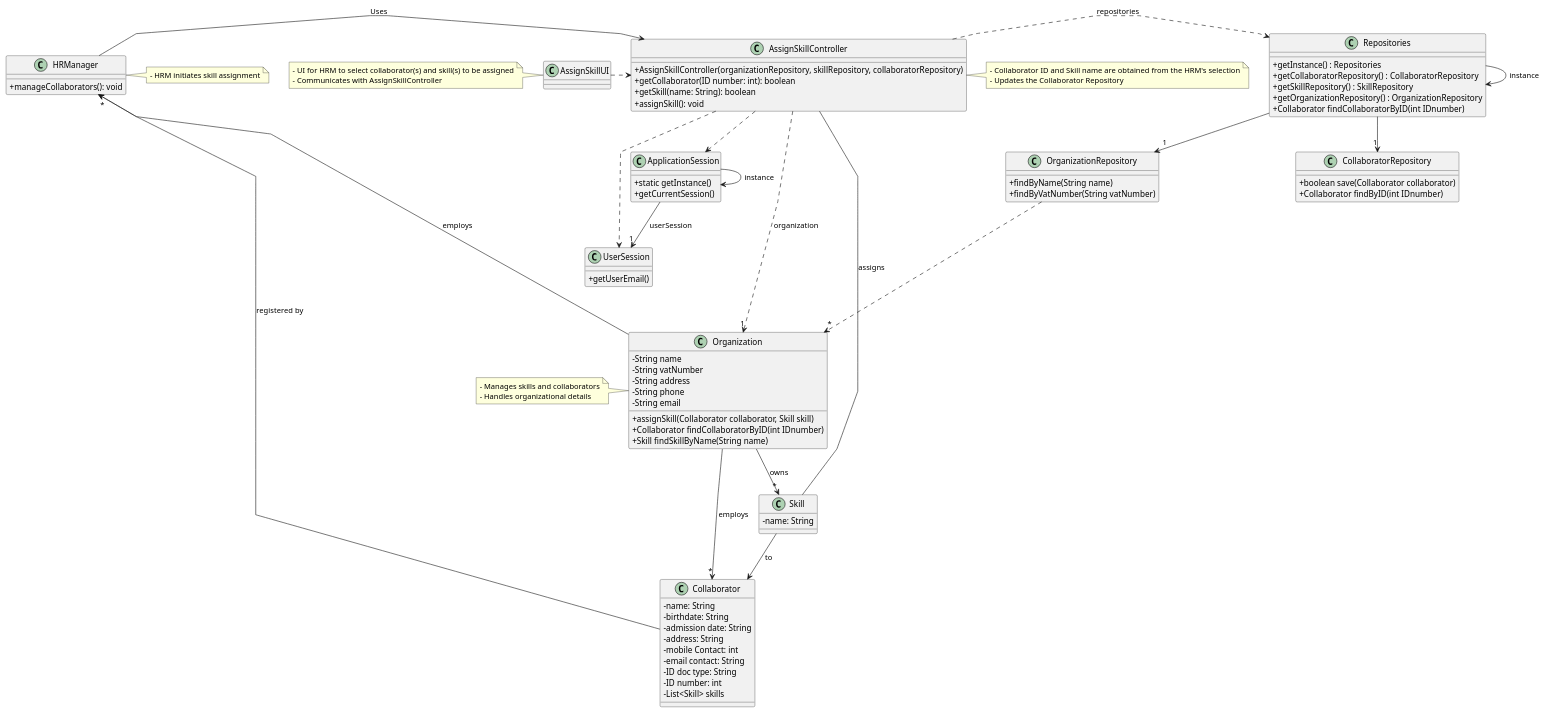
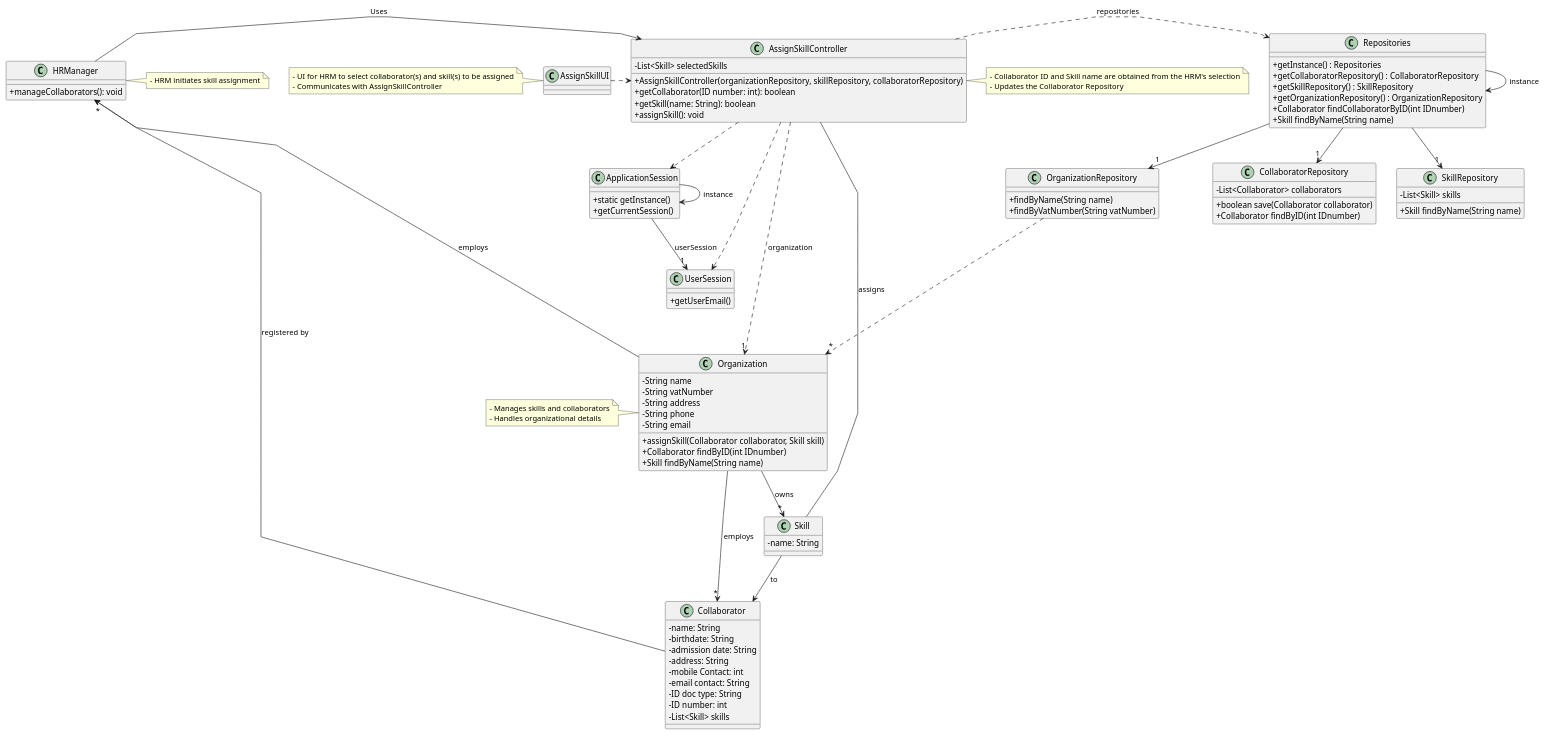
Before and after one commit to tiagosoa/lei-24-s2-1dgh-g073: the diagram in docs/sprint2/us004/03.design/puml/us004-class-diagram.puml, drawn with PlantUML. The commit also changed 26 other files, not shown here.

```diff
--- a/docs/sprint2/us004/03.design/puml/us004-class-diagram.puml
+++ b/docs/sprint2/us004/03.design/puml/us004-class-diagram.puml
@@ -1,127 +1,136 @@
 @startuml
 'skinparam monochrome true
 skinparam packageStyle rectangle
 skinparam shadowing false
 skinparam linetype polyline
 'skinparam linetype orto
 
 skinparam classAttributeIconSize 0
 
 'left to right direction
 
 class ApplicationSession
 {
     + static getInstance()
     + getCurrentSession()
 }
 
 class UserSession
 {
     + getUserEmail()
 }
 
 class Collaborator {
     - name: String
     - birthdate: String
     - admission date: String
     - address: String
     - mobile Contact: int
     - email contact: String
     - ID doc type: String
     - ID number: int
     - List<Skill> skills
 }
 
 class AssignSkillController {
+    - List<Skill> selectedSkills
     + AssignSkillController(organizationRepository, skillRepository, collaboratorRepository)
     + getCollaborator(ID number: int): boolean
     + getSkill(name: String): boolean
     + assignSkill(): void
 }
 
 class Skill {
     - name: String
 }
 
 class HRManager {
     + manageCollaborators(): void
 }
 
 class CollaboratorRepository {
+   - List<Collaborator> collaborators
    + boolean save(Collaborator collaborator)
    + Collaborator findByID(int IDnumber)
  }
+
+ class SkillRepository {
+    - List<Skill> skills
+    + Skill findByName(String name)
+  }
 
  class Organization {
    - String name
    - String vatNumber
    - String address
    - String phone
    - String email
    + assignSkill(Collaborator collaborator, Skill skill)
-   + Collaborator findCollaboratorByID(int IDnumber)
-   + Skill findSkillByName(String name)
+   + Collaborator findByID(int IDnumber)
+   + Skill findByName(String name)
  }
 
  class OrganizationRepository {
    + findByName(String name)
    + findByVatNumber(String vatNumber)
  }
 
  class Repositories {
    + getInstance() : Repositories
    + getCollaboratorRepository() : CollaboratorRepository
    + getSkillRepository() : SkillRepository
    + getOrganizationRepository() : OrganizationRepository
    + Collaborator findCollaboratorByID(int IDnumber)
+   + Skill findByName(String name)
  }
 
  class AssignSkillUI {
  }
 
 AssignSkillController -- Skill: assigns
 Skill --> Collaborator: to
 HRManager -> AssignSkillController: Uses
 
 
 Repositories -> Repositories : instance
 ApplicationSession -> ApplicationSession : instance
 AssignSkillUI .> AssignSkillController
 
 AssignSkillController .> Repositories : repositories
 
 Repositories --> "1" OrganizationRepository
 Repositories --> "1" CollaboratorRepository
+Repositories --> "1" SkillRepository
 
 OrganizationRepository ...> "*" Organization
 ApplicationSession --> "1" UserSession : userSession
 
 AssignSkillController ..> "1" Organization : organization
 AssignSkillController ..> ApplicationSession
 AssignSkillController ..> UserSession
 Collaborator --> HRManager : registered by
 
 Organization --> "*" HRManager : employs
 Organization --> "*" Collaborator : employs
 Organization --> "*" Skill : owns
 
 note right of AssignSkillController
   - Collaborator ID and Skill name are obtained from the HRM's selection
   - Updates the Collaborator Repository
 end note
 
 note right of HRManager
   - HRM initiates skill assignment
 end note
 
 note left of AssignSkillUI
   - UI for HRM to select collaborator(s) and skill(s) to be assigned
   - Communicates with AssignSkillController
 end note
 
 note left of Organization
   - Manages skills and collaborators
   - Handles organizational details
 end note
 
 @enduml
```
